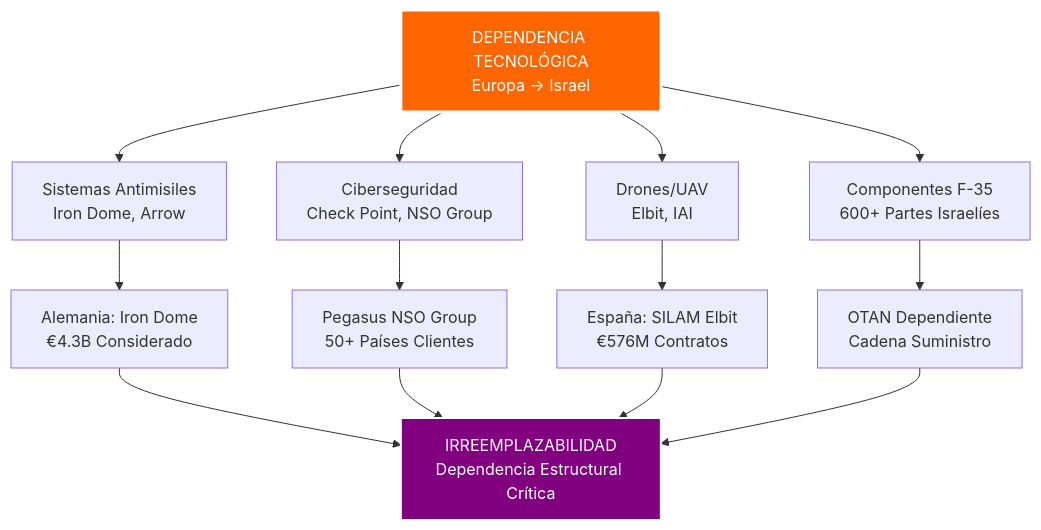
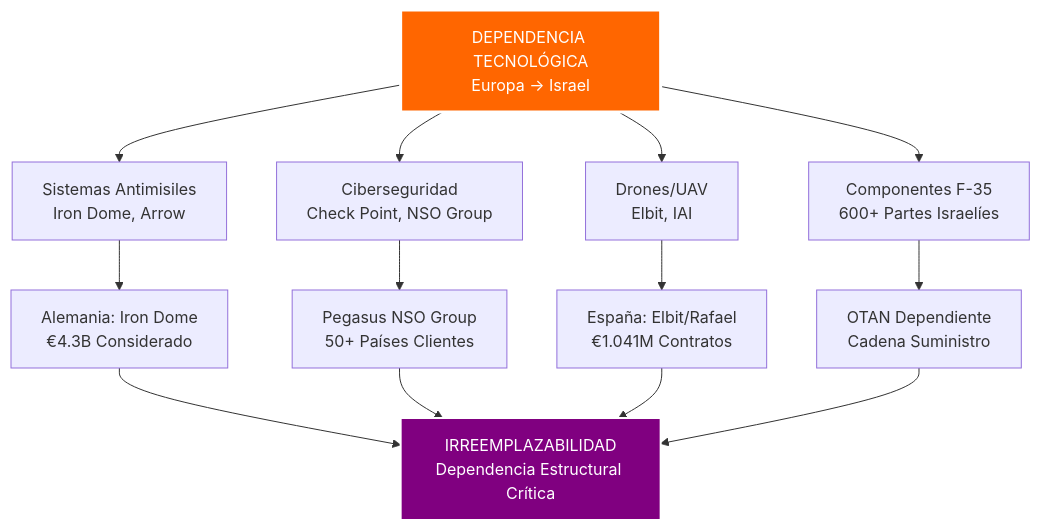
Diagram 26 of 54 in intel/israel_geopolitical_analysis.md (perpetuocambio/annotations), drawn with Mermaid before and after one commit. The commit also changed other lines of this file, not shown here.

````diff
--- a/intel/israel_geopolitical_analysis.md
+++ b/intel/israel_geopolitical_analysis.md
@@ -785,21 +785,21 @@
 ```mermaid
 flowchart TD
     A[DEPENDENCIA TECNOLÓGICA<br/>Europa → Israel] --> B[Sistemas Antimisiles<br/>Iron Dome, Arrow]
     A --> C[Ciberseguridad<br/>Check Point, NSO Group]
     A --> D[Drones/UAV<br/>Elbit, IAI]
     
     B --> E[Alemania: Iron Dome<br/>€4.3B Considerado]
     C --> F[Pegasus NSO Group<br/>50+ Países Clientes]
-    D --> G[España: SILAM Elbit<br/>€576M Contratos]
+    D --> G[España: Elbit/Rafael<br/>€1.041M Contratos]
     
     A --> H[Componentes F-35<br/>600+ Partes Israelíes]
     H --> I[OTAN Dependiente<br/>Cadena Suministro]
     
     E --> J[IRREEMPLAZABILIDAD<br/>Dependencia Estructural Crítica]
     F --> J
     G --> J
     I --> J
     
     style A fill:#ff6600,stroke:#fff,stroke-width:3px,color:#fff
     style J fill:#800080,stroke:#fff,stroke-width:2px,color:#fff
 ```
````
